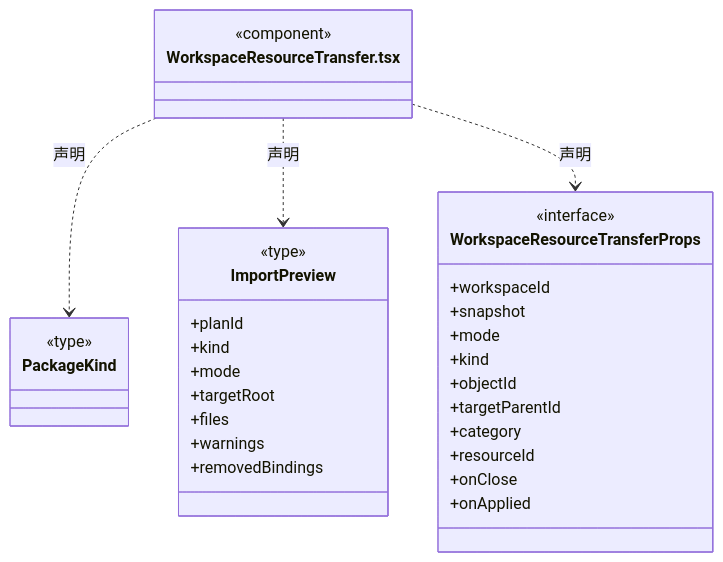
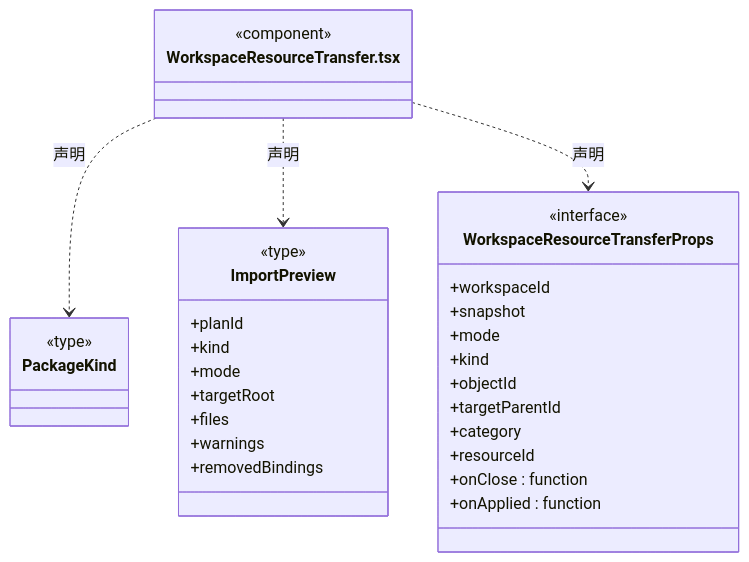
One commit to nan023062/cbim changed diagram 13 of 15 in src/view/resources/ARCHITECTURE.md. Above: the diagram before and after it, drawn with Mermaid. The commit also changed other lines of this file and 137 other files, not shown here.

Commit message:
fix: align architecture generator with documentation standards

````diff
--- a/src/view/resources/ARCHITECTURE.md
+++ b/src/view/resources/ARCHITECTURE.md
@@ -268,36 +282,36 @@
 ```mermaid
 classDiagram
 class N_src_view_resources_WorkspaceResourceTransfer_tsx["WorkspaceResourceTransfer.tsx"] {
   <<component>>
 }
 class N_src_view_resources_WorkspaceResourceTransfer_tsx_PackageKind["PackageKind"] {
   <<type>>
 
 }
 N_src_view_resources_WorkspaceResourceTransfer_tsx ..> N_src_view_resources_WorkspaceResourceTransfer_tsx_PackageKind : 声明
 class N_src_view_resources_WorkspaceResourceTransfer_tsx_ImportPreview["ImportPreview"] {
   <<type>>
   +planId
   +kind
   +mode
   +targetRoot
   +files
   +warnings
   +removedBindings
 }
 N_src_view_resources_WorkspaceResourceTransfer_tsx ..> N_src_view_resources_WorkspaceResourceTransfer_tsx_ImportPreview : 声明
 class N_src_view_resources_WorkspaceResourceTransfer_tsx_WorkspaceResourceTransferProps["WorkspaceResourceTransferProps"] {
   <<interface>>
   +workspaceId
   +snapshot
   +mode
   +kind
   +objectId
   +targetParentId
   +category
   +resourceId
-  +onClose
-  +onApplied
+  +onClose : function
+  +onApplied : function
 }
 N_src_view_resources_WorkspaceResourceTransfer_tsx ..> N_src_view_resources_WorkspaceResourceTransfer_tsx_WorkspaceResourceTransferProps : 声明
 ```
````
